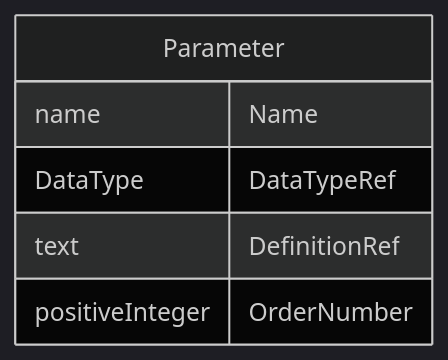
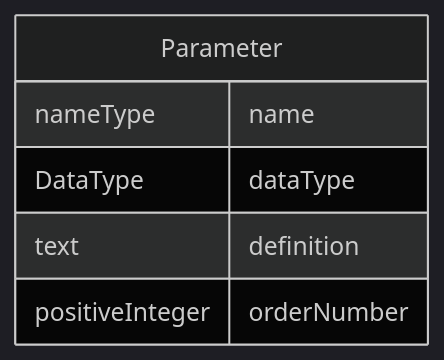
One commit to cdisc-org/DataExchange-ODM-LinkML changed the diagram in docs/Parameter.md. Above: the diagram before and after it, drawn with Mermaid (dark theme). The commit also changed other lines of this file and 759 other files, not shown here.

````diff
--- a/docs/Parameter.md
+++ b/docs/Parameter.md
@@ -11,12 +11,12 @@
 ```mermaid
 erDiagram
 Parameter {
-    name Name  
-    DataType DataTypeRef  
-    text DefinitionRef  
-    positiveInteger OrderNumber  
+    nameType name  
+    DataType dataType  
+    text definition  
+    positiveInteger orderNumber  
 }
 
 
 
 ```
````
